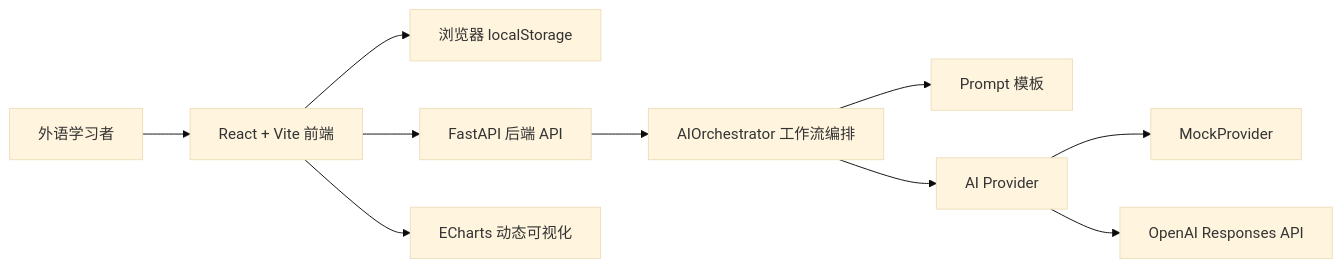
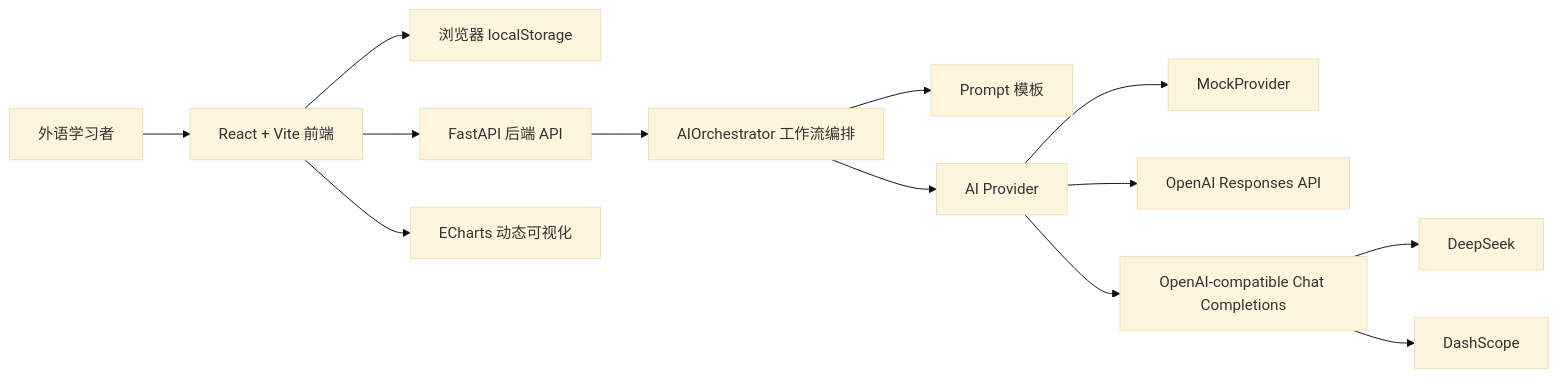
The first of 5 diagrams in docs/technical_documentation.md (Han-Xinlong/ZJSUer_Translation_assistant), drawn with Mermaid (base theme) before and after one commit. The commit also changed other lines of this file and 12 other files, not shown here.

````diff
--- a/docs/technical_documentation.md
+++ b/docs/technical_documentation.md
@@ -17,12 +17,15 @@
 ```mermaid
 flowchart LR
   U[外语学习者] --> FE[React + Vite 前端]
   FE --> LS[浏览器 localStorage]
   FE --> API[FastAPI 后端 API]
   API --> ORCH[AIOrchestrator 工作流编排]
   ORCH --> PROMPTS[Prompt 模板]
   ORCH --> PROVIDER[AI Provider]
   PROVIDER --> MOCK[MockProvider]
   PROVIDER --> OPENAI[OpenAI Responses API]
+  PROVIDER --> COMPAT[OpenAI-compatible Chat Completions]
+  COMPAT --> DEEPSEEK[DeepSeek]
+  COMPAT --> DASHSCOPE[DashScope]
   FE --> CHART[ECharts 动态可视化]
 ```
````
